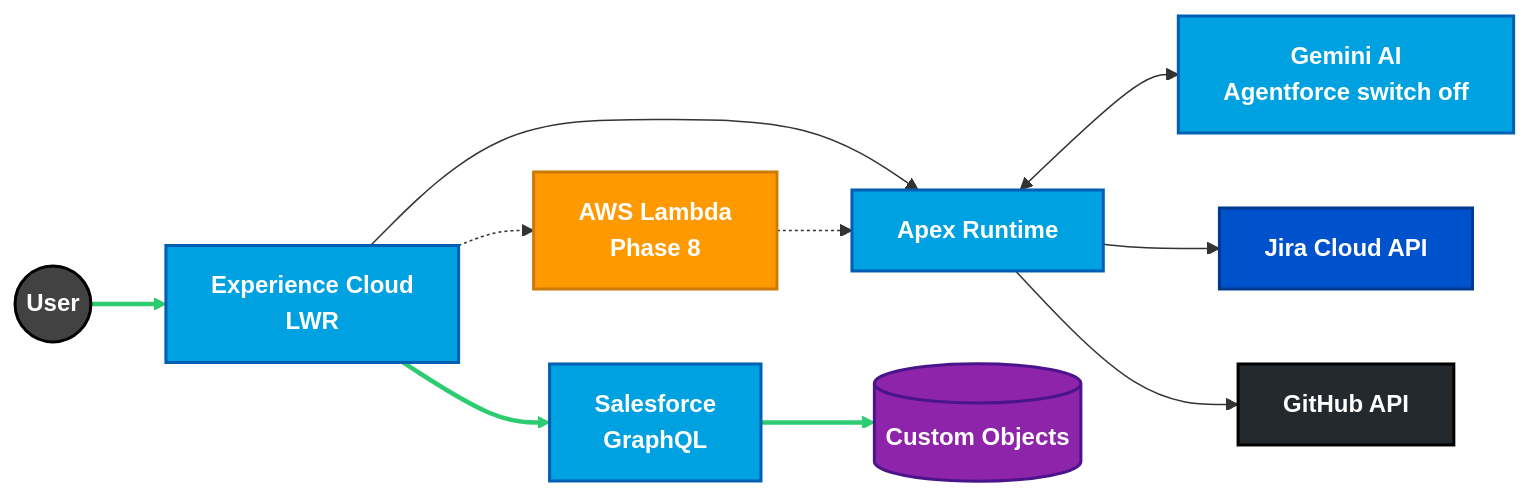
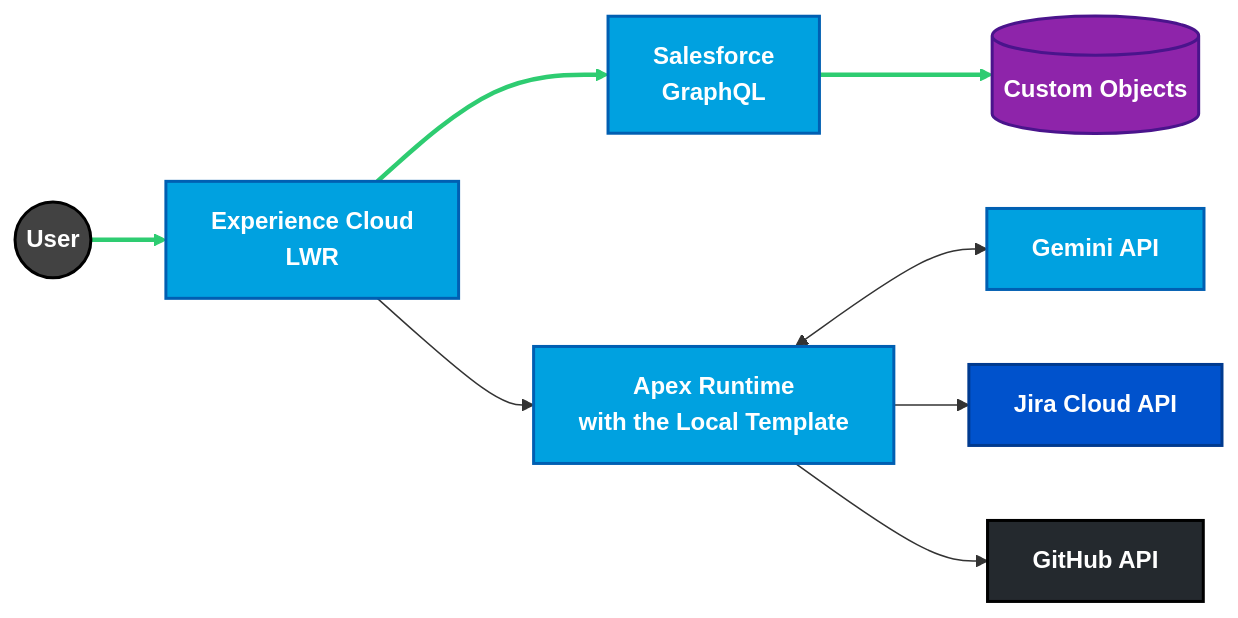
The diagram in README.md (rdbumstead/salesforce-platform-architect-portfolio), drawn with Mermaid before and after one commit. The commit also changed other lines of this file, not shown here.

````diff
--- a/README.md
+++ b/README.md
@@ -233,47 +196,39 @@
 ```mermaid
 graph LR
     %%{init: {'flowchart': {'nodeSpacing': 50, 'rankSpacing': 50}}}%%
     %% ========= BRAND STYLES =========
     classDef user fill:#424242,stroke:#000000,stroke-width:2px,color:#ffffff,font-weight:bold;
     classDef sfdc fill:#00A1E0,stroke:#005FB2,stroke-width:2px,color:#ffffff,font-weight:bold;
-    classDef aws fill:#FF9900,stroke:#CC7A00,stroke-width:2px,color:#ffffff,font-weight:bold;
     classDef jira fill:#0052CC,stroke:#003A8F,stroke-width:2px,color:#ffffff,font-weight:bold;
     classDef github fill:#24292E,stroke:#000000,stroke-width:2px,color:#ffffff,font-weight:bold;
     classDef data fill:#8E24AA,stroke:#4A148C,stroke-width:2px,color:#ffffff,font-weight:bold;
-    classDef future fill:#FFF3E0,stroke:#FB8C00,stroke-width:2px,stroke-dasharray:5 5;
 
     %% ========= NODES =========
     User((User))
     LWR[Experience Cloud<br/>LWR]
     GQL[Salesforce<br/>GraphQL]
-    Apex[Apex Runtime]
+    Apex[Apex Runtime<br/>with the Local Template]
     DB[(Custom Objects)]
-    AI[Gemini AI<br/>Agentforce switch off]
+    AI[Gemini API]
     Jira[Jira Cloud API]
     GitHub[GitHub API]
-    Lambda[AWS Lambda<br/>Phase 8]
 
     %% ========= FLOWS =========
     User --> LWR
     LWR --> GQL
     GQL --> DB
     LWR --> Apex
     Apex <--> AI
     Apex --> Jira
     Apex --> GitHub
 
-    %% ========= FUTURE =========
-    LWR -.-> Lambda
-    Lambda -.-> Apex
-
     %% ========= APPLY STYLES =========
     class User user;
     class LWR,GQL,Apex,AI sfdc;
     class DB data;
     class Jira jira;
     class GitHub github;
-    class Lambda aws;
 
     %% ========= CRITICAL PATH =========
     linkStyle 0,1,2 stroke:#2ECC71,stroke-width:3px;
 ```
````
